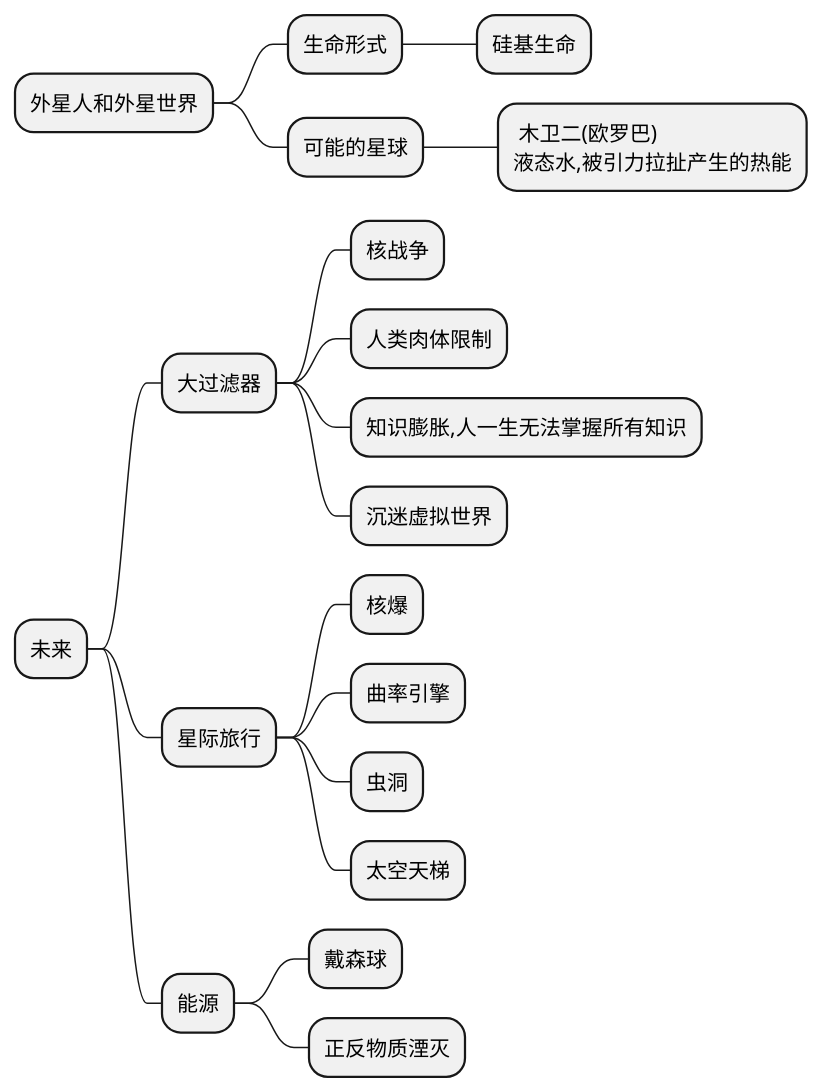
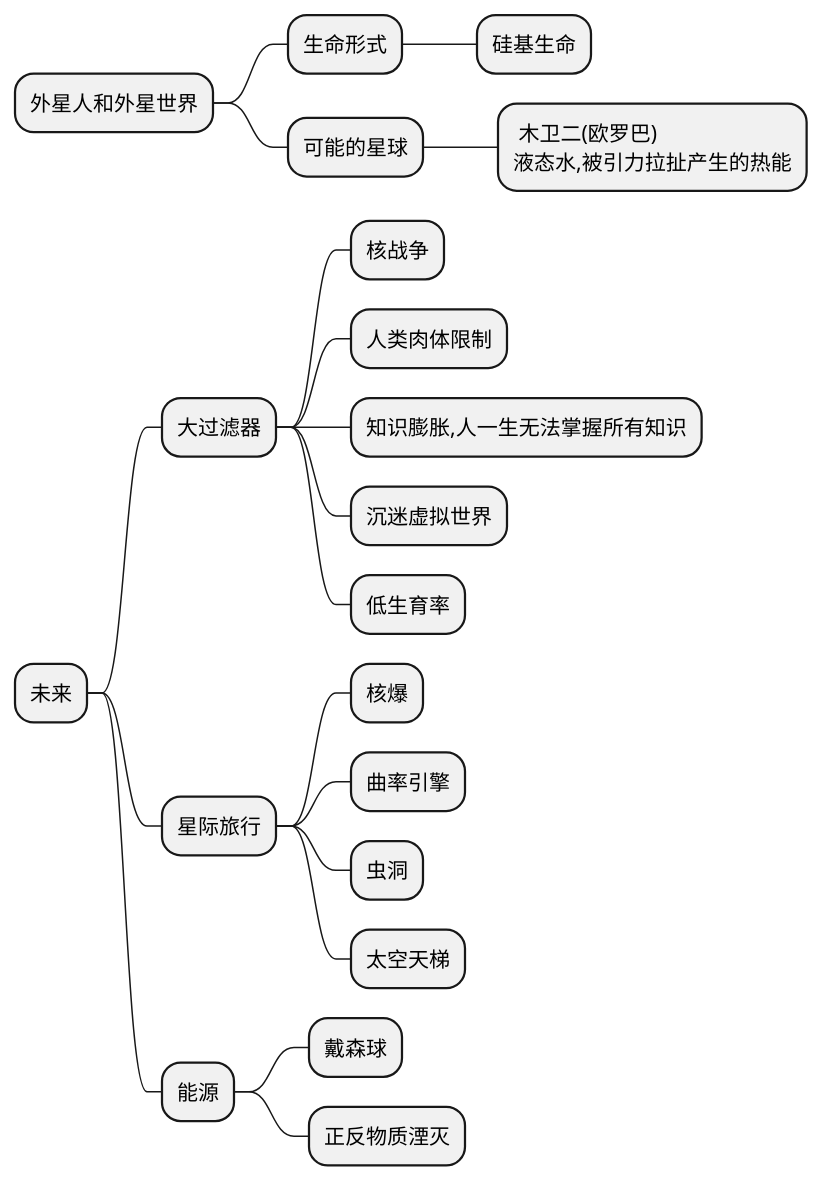
The diagram in D·观点-know_who/思考/不严谨猜想.plantuml (Huang2070/alpha-centauri-c), drawn with PlantUML before and after one commit. The commit also changed 9 other files, not shown here.

```diff
--- a/D·观点-know_who/思考/不严谨猜想.plantuml
+++ b/D·观点-know_who/思考/不严谨猜想.plantuml
@@ -1,27 +1,28 @@
 @startmindmap 未来
 * 外星人和外星世界
 ** 生命形式
 *** 硅基生命
 ** 可能的星球
 ***: 木卫二(欧罗巴)
 液态水,被引力拉扯产生的热能;
 
 
 * 未来
 ** 大过滤器
 *** 核战争
 *** 人类肉体限制
 *** 知识膨胀,人一生无法掌握所有知识
 *** 沉迷虚拟世界
+*** 低生育率
 
 ** 星际旅行
 *** 核爆
 *** 曲率引擎
 *** 虫洞
 *** 太空天梯
 
 ** 能源
 *** 戴森球
 *** 正反物质湮灭
 
 @endmindmap
```
